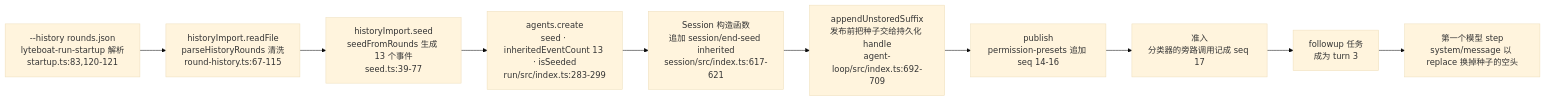
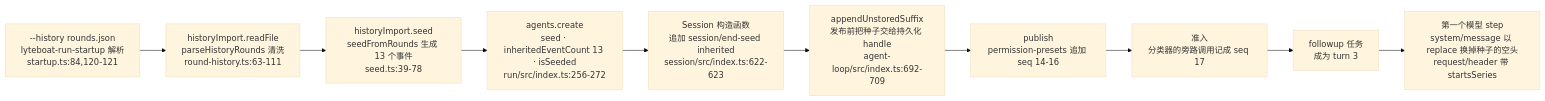
Diagram 11 of 11 in docs/01-architecture.md (lyteboat/boat), drawn with Mermaid (base theme) before and after one commit. The commit also changed other lines of this file, not shown here.

````diff
--- a/docs/01-architecture.md
+++ b/docs/01-architecture.md
@@ -1221,12 +1271,12 @@
 ```mermaid
 flowchart LR
-  arg["--history rounds.json<br/>lyteboat-run-startup 解析<br/>startup.ts:83,120-121"] --> rf["historyImport.readFile<br/>parseHistoryRounds 清洗<br/>round-history.ts:67-115"]
-  rf --> sd["historyImport.seed<br/>seedFromRounds 生成 13 个事件<br/>seed.ts:39-77"]
-  sd --> cr["agents.create<br/>seed · inheritedEventCount 13 · isSeeded<br/>run/src/index.ts:283-299"]
-  cr --> es["Session 构造函数<br/>追加 session/end-seed inherited<br/>session/src/index.ts:617-621"]
+  arg["--history rounds.json<br/>lyteboat-run-startup 解析<br/>startup.ts:84,120-121"] --> rf["historyImport.readFile<br/>parseHistoryRounds 清洗<br/>round-history.ts:63-111"]
+  rf --> sd["historyImport.seed<br/>seedFromRounds 生成 13 个事件<br/>seed.ts:39-78"]
+  sd --> cr["agents.create<br/>seed · inheritedEventCount 13 · isSeeded<br/>run/src/index.ts:256-272"]
+  cr --> es["Session 构造函数<br/>追加 session/end-seed inherited<br/>session/src/index.ts:622-623"]
   es --> st["appendUnstoredSuffix<br/>发布前把种子交给持久化 handle<br/>agent-loop/src/index.ts:692-709"]
   st --> pub["publish<br/>permission-presets 追加 seq 14-16"]
   pub --> adm["准入<br/>分类器的旁路调用记成 seq 17"]
   adm --> task["followup 任务<br/>成为 turn 3"]
-  task --> rep["第一个模型 step<br/>system/message 以 replace 换掉种子的空头"]
+  task --> rep["第一个模型 step<br/>system/message 以 replace 换掉种子的空头<br/>request/header 带 startsSeries"]
 ```
````
